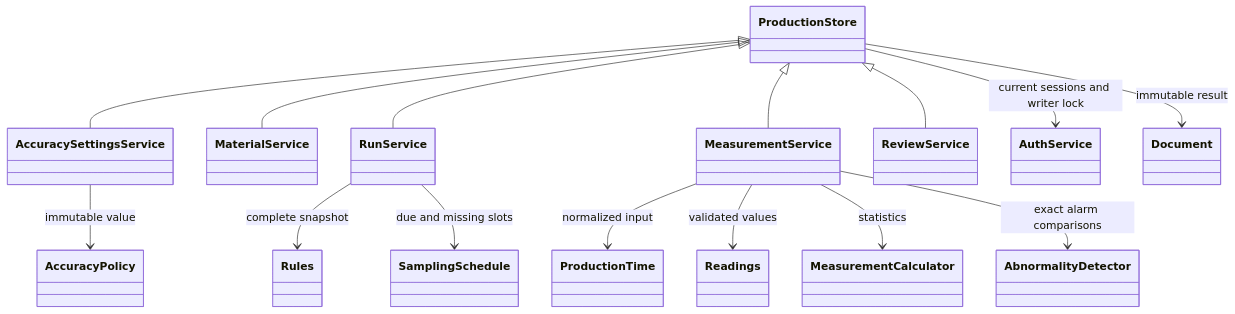
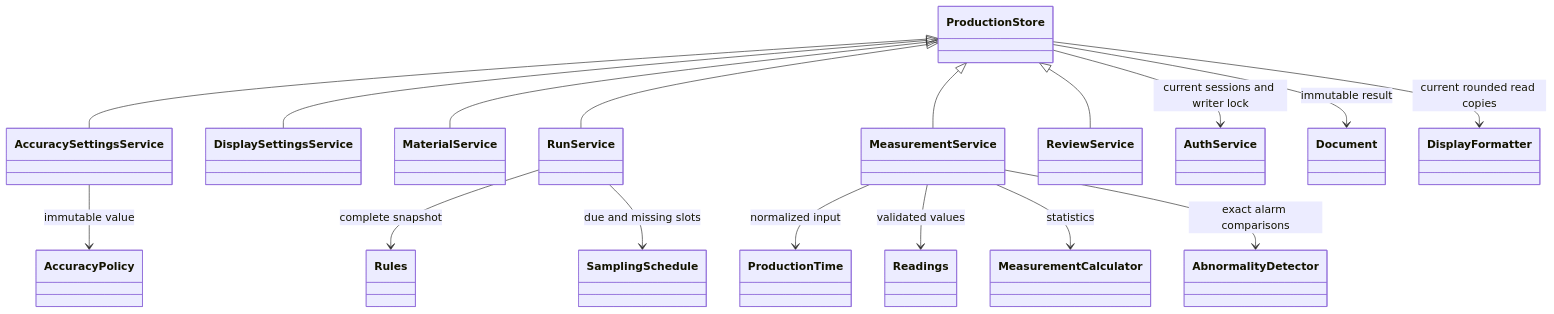
One commit to Larinx-JC/ProLog changed the diagram in docs/run-lifecycle.md. Above: the diagram before and after it, drawn with Mermaid. The commit also changed other lines of this file and 19 other files, not shown here.

Commit message:
feat(display): finalize global presentation settings and section 4 approval

````diff
--- a/docs/run-lifecycle.md
+++ b/docs/run-lifecycle.md
@@ -84,17 +117,19 @@
 ```mermaid
 classDiagram
     ProductionStore <|-- AccuracySettingsService
+    ProductionStore <|-- DisplaySettingsService
     ProductionStore <|-- MaterialService
     ProductionStore <|-- RunService
     ProductionStore <|-- MeasurementService
     ProductionStore <|-- ReviewService
     ProductionStore --> AuthService : current sessions and writer lock
     ProductionStore --> Document : immutable result
+    ProductionStore --> DisplayFormatter : current rounded read copies
     AccuracySettingsService --> AccuracyPolicy : immutable value
     RunService --> Rules : complete snapshot
     RunService --> SamplingSchedule : due and missing slots
     MeasurementService --> ProductionTime : normalized input
     MeasurementService --> Readings : validated values
     MeasurementService --> MeasurementCalculator : statistics
     MeasurementService --> AbnormalityDetector : exact alarm comparisons
 ```
````
